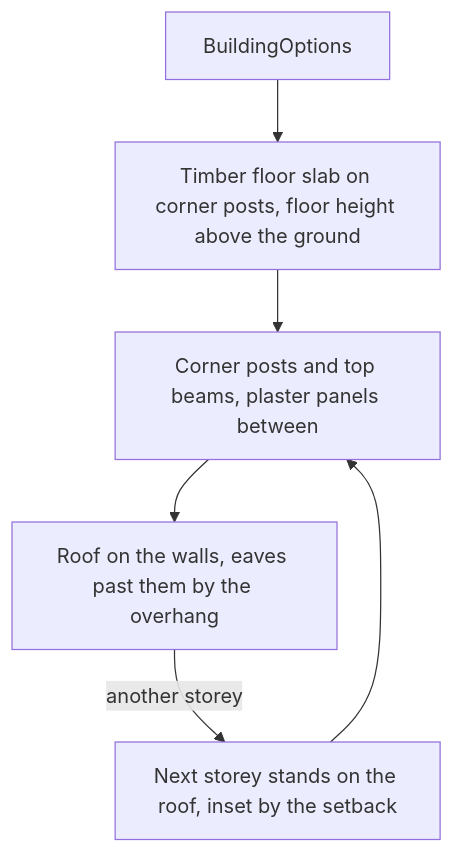
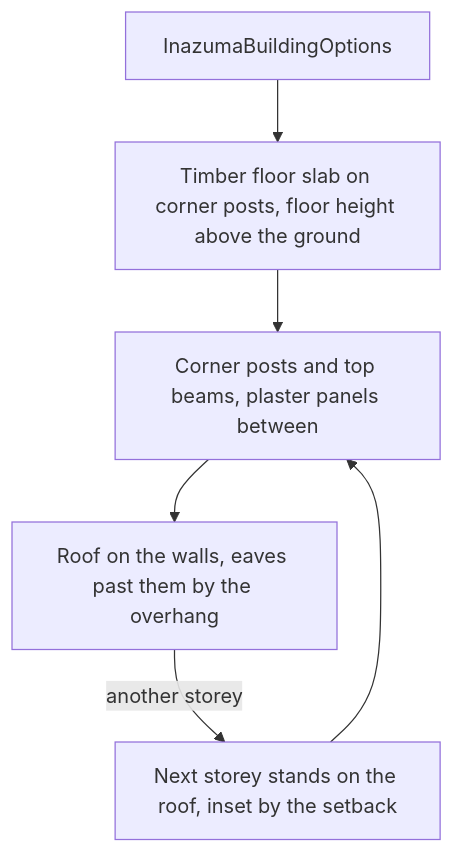
Before and after one commit to Esposter/Esposter: the diagram in apps/web/content/docs/genshin/inazuma.md, drawn with Mermaid. The commit also changed other lines of this file and 10 other files, not shown here.

````diff
--- a/apps/web/content/docs/genshin/inazuma.md
+++ b/apps/web/content/docs/genshin/inazuma.md
@@ -14,8 +14,8 @@
 ```mermaid
 flowchart TD
-  OP[BuildingOptions] --> FL[Timber floor slab on corner posts, floor height above the ground]
+  OP[InazumaBuildingOptions] --> FL[Timber floor slab on corner posts, floor height above the ground]
   FL --> WL[Corner posts and top beams, plaster panels between]
   WL --> RF[Roof on the walls, eaves past them by the overhang]
   RF -->|another storey| IN[Next storey stands on the roof, inset by the setback]
   IN --> WL
 ```
````
